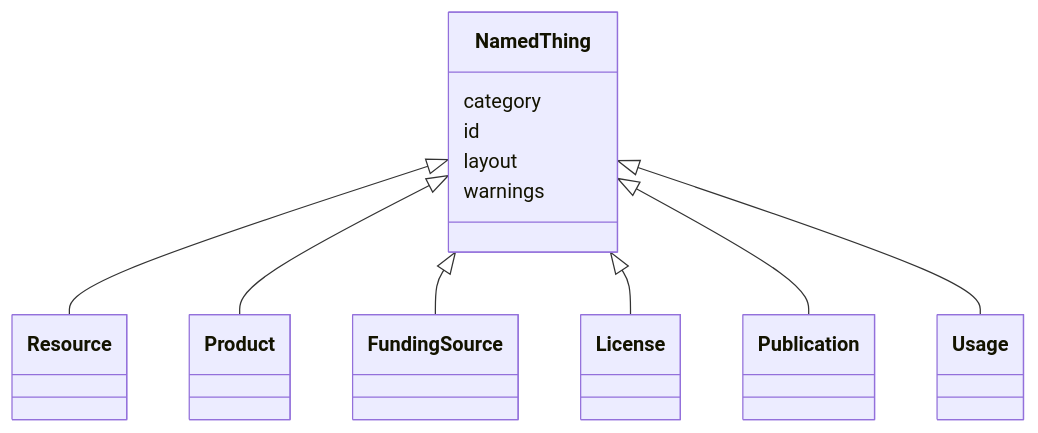
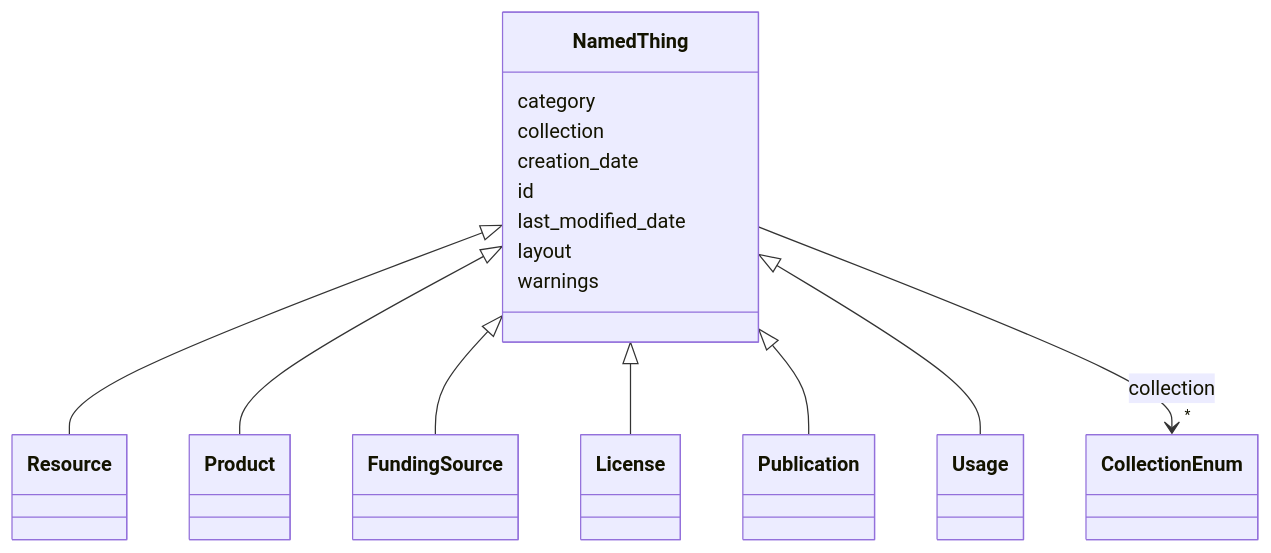
One commit to Knowledge-Graph-Hub/kg-registry changed the diagram in docs/schema/NamedThing.md. Above: the diagram before and after it, drawn with Mermaid. The commit also changed other lines of this file and 141 other files, not shown here.

````diff
--- a/docs/schema/NamedThing.md
+++ b/docs/schema/NamedThing.md
@@ -24,27 +23,42 @@
 ```mermaid
  classDiagram
     class NamedThing
-    click NamedThing href "NamedThing.html"
+    click NamedThing href "NamedThing/.html"
       NamedThing <|-- Resource
-        click Resource href "Resource.html"
+        click Resource href "Resource/.html"
       NamedThing <|-- Product
-        click Product href "Product.html"
+        click Product href "Product/.html"
       NamedThing <|-- FundingSource
-        click FundingSource href "FundingSource.html"
+        click FundingSource href "FundingSource/.html"
       NamedThing <|-- License
-        click License href "License.html"
+        click License href "License/.html"
       NamedThing <|-- Publication
-        click Publication href "Publication.html"
+        click Publication href "Publication/.html"
       NamedThing <|-- Usage
-        click Usage href "Usage.html"
-      
+        click Usage href "Usage/.html"
+
       NamedThing : category
-        
+
+      NamedThing : collection
+
+
+
+
+
+        NamedThing --> "*" CollectionEnum : collection
+        click CollectionEnum href "CollectionEnum/.html"
+
+
+
+      NamedThing : creation_date
+
       NamedThing : id
-        
+
+      NamedThing : last_modified_date
+
       NamedThing : layout
-        
+
       NamedThing : warnings
-        
-      
+
+
 ```
````
